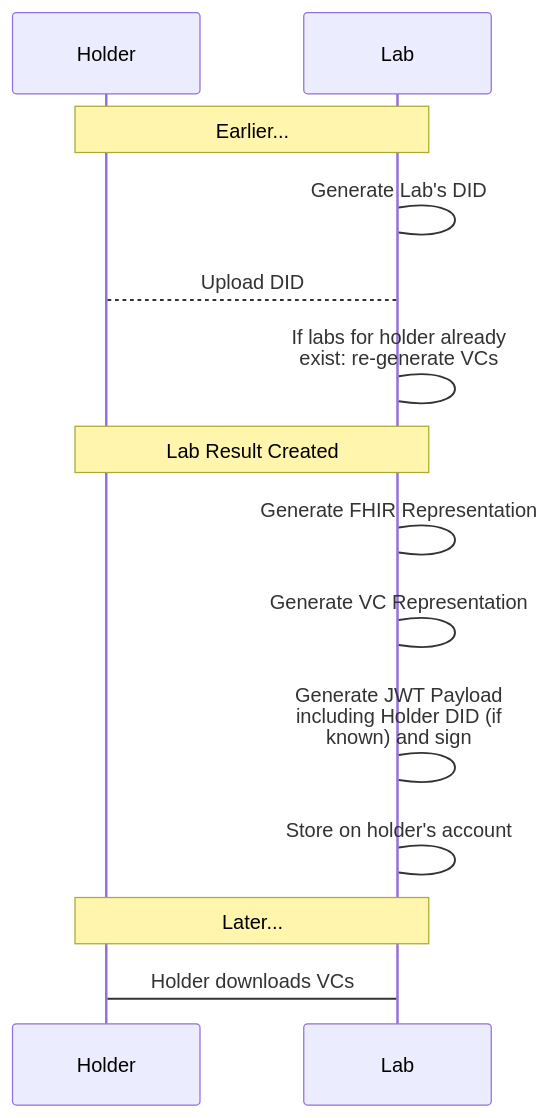
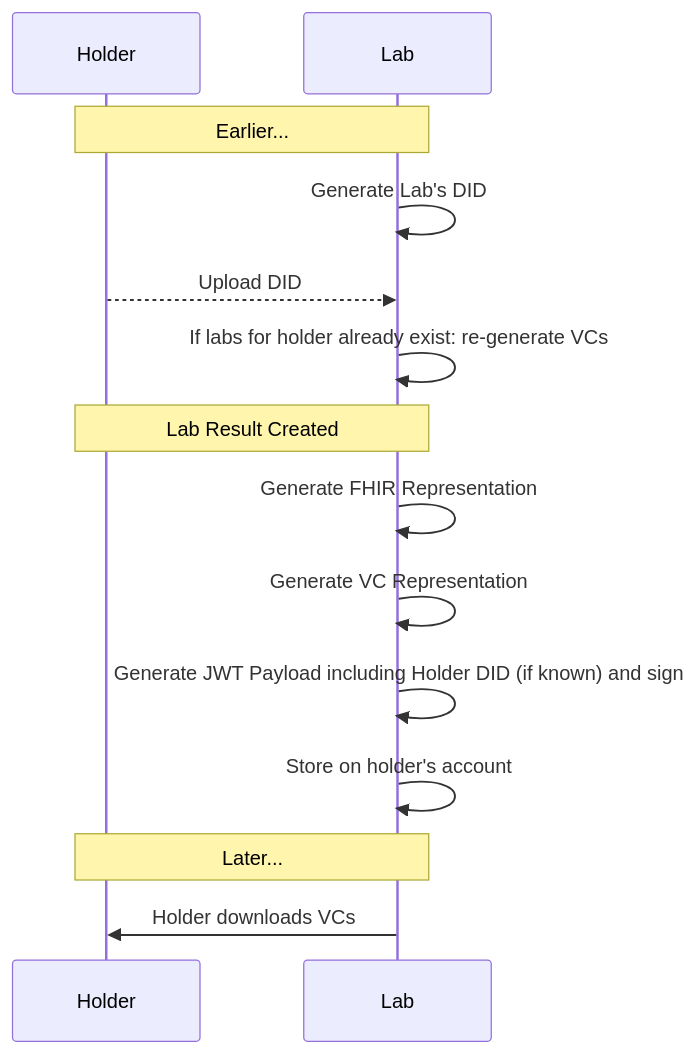
Before and after one commit to smart-on-fhir/health-cards: the second of 4 diagrams in docs/index.md, drawn with Mermaid. The commit also changed other lines of this file, not shown here.

````diff
--- a/docs/index.md
+++ b/docs/index.md
@@ -331,19 +322,19 @@
 ```mermaid
 sequenceDiagram
 participant Holder
 participant Lab
 
-note over Lab, Holder: Earlier...
-Lab -> Lab: Generate Lab's DID
-Holder --> Lab:  Upload DID
-Lab -> Lab: If labs for holder already<br>exist: re-generate VCs
+note over Holder, Lab: Earlier...
+Lab ->> Lab: Generate Lab's DID
+Holder -->> Lab:  Upload DID
+Lab ->> Lab: If labs for holder already exist: re-generate VCs
 
 note over Lab, Holder: Lab Result Created
-Lab -> Lab: Generate FHIR Representation
-Lab -> Lab: Generate VC Representation
-Lab -> Lab: Generate JWT Payload<br>including Holder DID (if<br>known) and sign
-Lab -> Lab: Store on holder's account
+Lab ->> Lab: Generate FHIR Representation
+Lab ->> Lab: Generate VC Representation
+Lab ->> Lab: Generate JWT Payload including Holder DID (if known) and sign
+Lab ->> Lab: Store on holder's account
 
 note over Lab, Holder: Later...
-Lab -> Holder: Holder downloads VCs
+Lab ->> Holder: Holder downloads VCs
 ```
````
